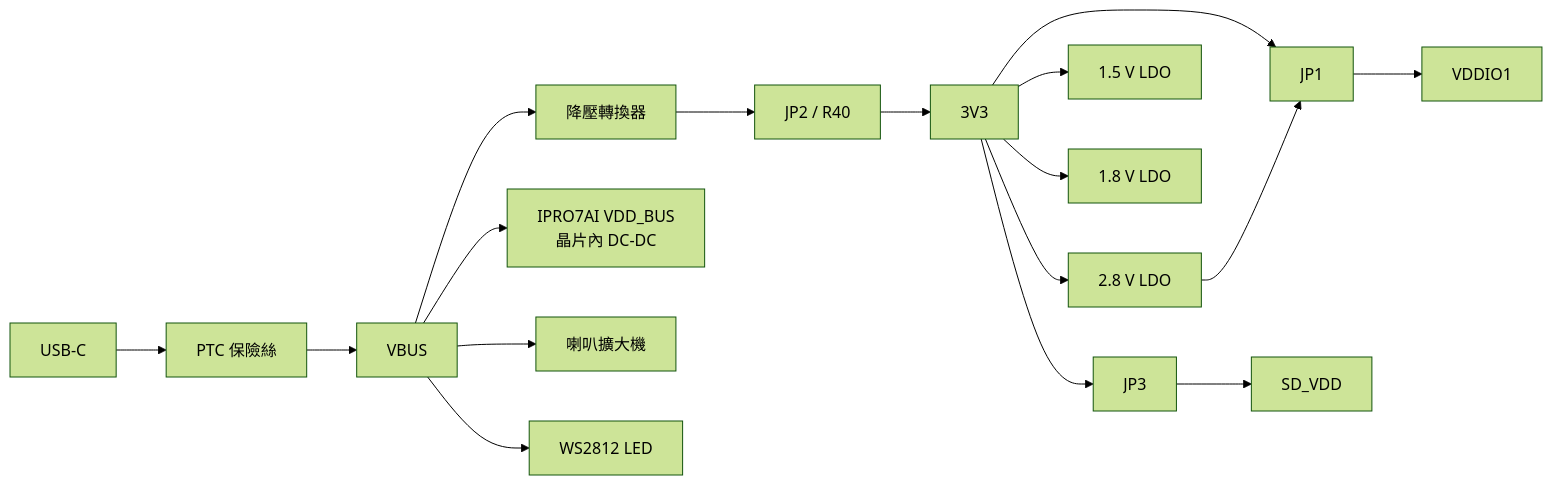
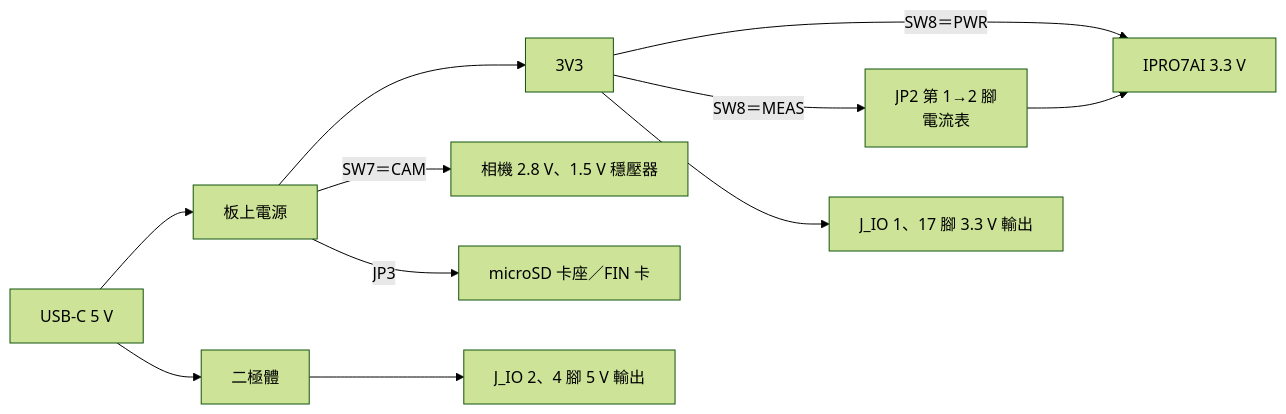
One commit to INTELPRO-INC/ipro-sdk-docs changed the diagram in docs/zh/hardware/power.md. Above: the diagram before and after it, drawn with Mermaid (forest theme). The commit also changed other lines of this file and 182 other files, not shown here.

````diff
--- a/docs/zh/hardware/power.md
+++ b/docs/zh/hardware/power.md
@@ -18,15 +18,10 @@
 ```mermaid
 flowchart LR
-    USB["USB-C"] --> PTC["PTC 保險絲"] --> VBUS["VBUS"]
-    VBUS --> BUCK["降壓轉換器"] --> JP2["JP2 / R40"] --> V33["3V3"]
-    VBUS --> SOC["IPRO7AI VDD_BUS<br/>晶片內 DC-DC"]
-    VBUS --> AMP["喇叭擴大機"]
-    VBUS --> LED["WS2812 LED"]
-    V33 --> LDO28["2.8 V LDO"]
-    V33 --> LDO15["1.5 V LDO"]
-    V33 --> LDO18["1.8 V LDO"]
-    V33 --> JP1["JP1"]
-    LDO28 --> JP1
-    JP1 --> VDDIO1["VDDIO1"]
-    V33 --> JP3["JP3"] --> SDVDD["SD_VDD"]
+    USB["USB-C 5 V"] --> PWR["板上電源"] --> V33["3V3"]
+    USB --> D["二極體"] --> JIO5["J_IO 2、4 腳 5 V 輸出"]
+    V33 -- "SW8＝PWR" --> SOC["IPRO7AI 3.3 V"]
+    V33 -- "SW8＝MEAS" --> JP2["JP2 第 1→2 腳<br/>電流表"] --> SOC
+    V33 --> JIO33["J_IO 1、17 腳 3.3 V 輸出"]
+    PWR -- "SW7＝CAM" --> CAM["相機 2.8 V、1.5 V 穩壓器"]
+    PWR -- "JP3" --> SD["microSD 卡座／FIN 卡"]
 ```
````
